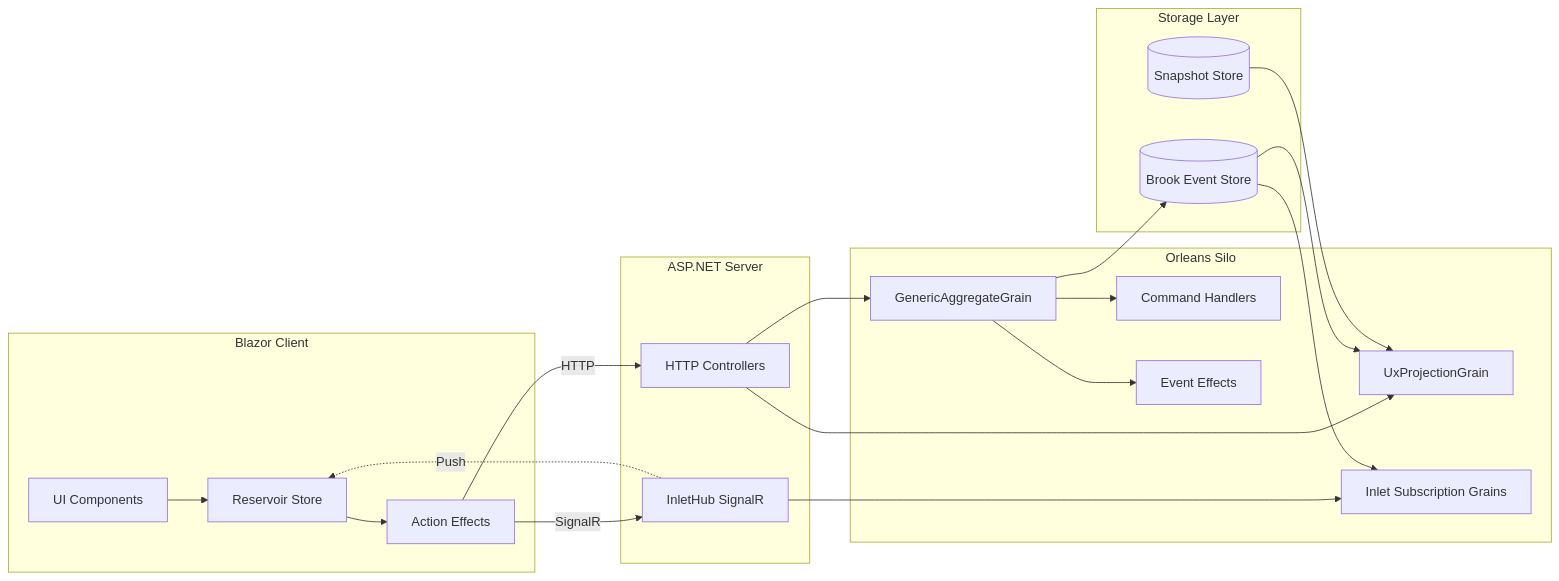
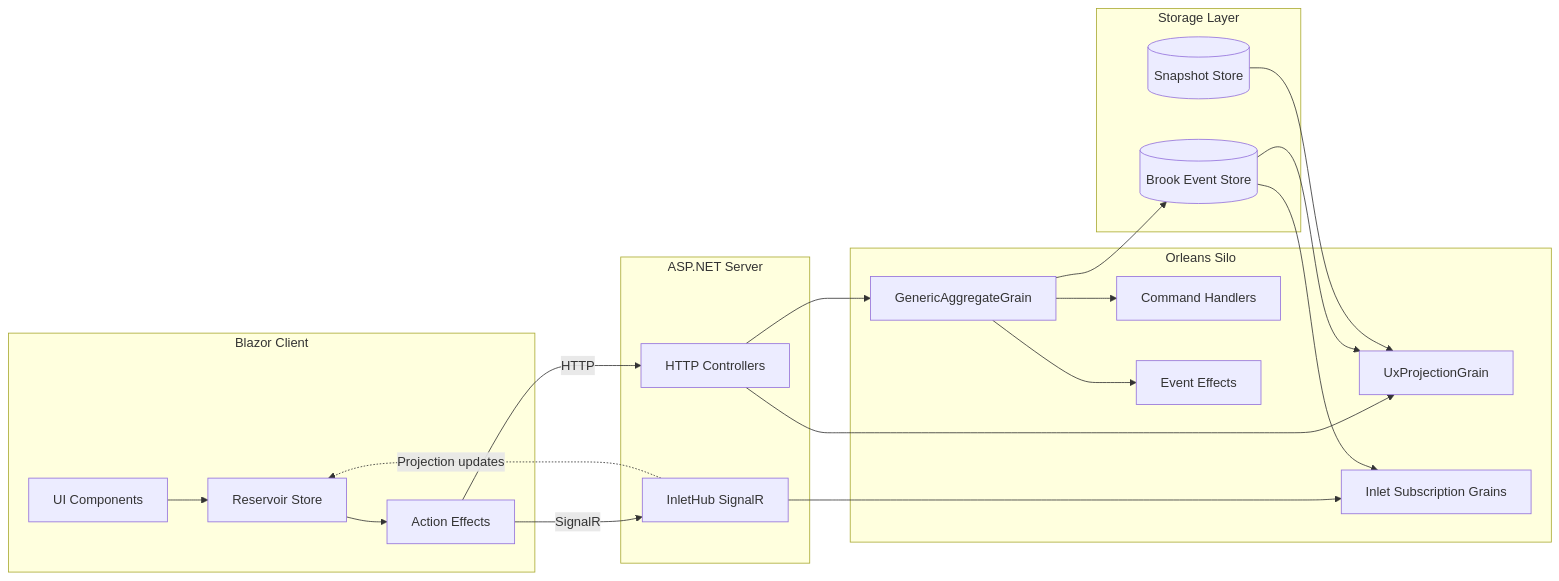
Before and after one commit to Gibbs-Morris/mississippi: the diagram in docs/Docusaurus/docs/overview/how-it-works.md, drawn with Mermaid.

Commit message:
docs: unify Inlet hub diagram label to 'Projection updates' for consistency +semver: skip

````diff
--- a/docs/Docusaurus/docs/overview/how-it-works.md
+++ b/docs/Docusaurus/docs/overview/how-it-works.md
@@ -23,41 +23,41 @@
 ```mermaid
 flowchart LR
     subgraph Client["Blazor Client"]
         UI[UI Components]
         Store[Reservoir Store]
         Effects[Action Effects]
     end
     
     subgraph Server["ASP.NET Server"]
         Controllers[HTTP Controllers]
         Hub[InletHub SignalR]
     end
     
     subgraph Silo["Orleans Silo"]
         AggGrain[GenericAggregateGrain]
         ProjGrain[UxProjectionGrain]
         Handlers[Command Handlers]
         EventEffects[Event Effects]
         InletSubs[Inlet Subscription Grains]
     end
     
     subgraph Storage["Storage Layer"]
         EventStore[(Brook Event Store)]
         SnapStore[(Snapshot Store)]
     end
     
     UI --> Store
     Store --> Effects
     Effects -->|HTTP| Controllers
     Effects -->|SignalR| Hub
     Controllers --> AggGrain
     Controllers --> ProjGrain
     Hub --> InletSubs
     AggGrain --> Handlers
     AggGrain --> EventStore
     AggGrain --> EventEffects
     EventStore --> ProjGrain
     SnapStore --> ProjGrain
     EventStore --> InletSubs
-    Hub -.->|Push| Store
+    Hub -.->|Projection updates| Store
 ```
````
